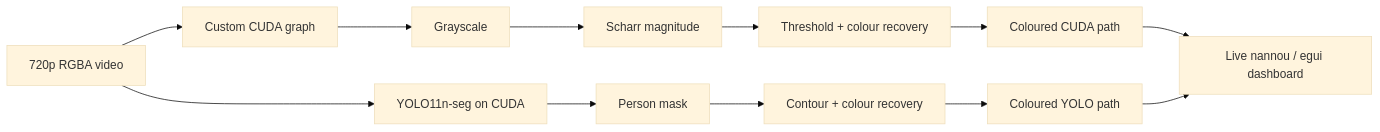
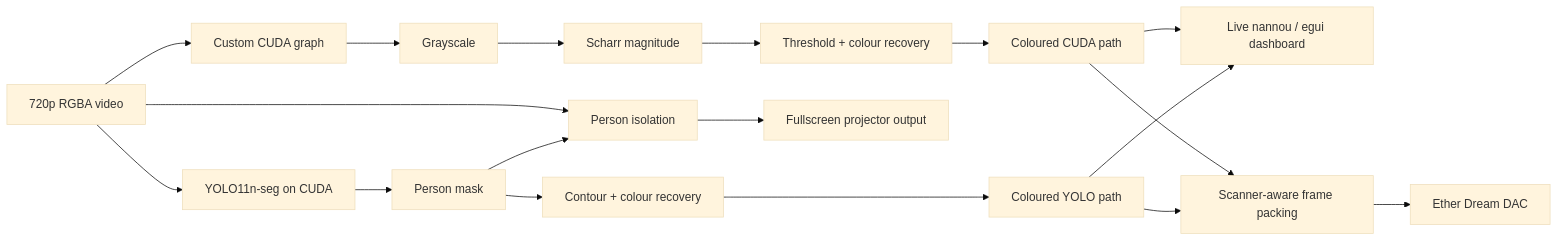
The diagram in README.md (JoshuaBatty/gpu-laser-vision), drawn with Mermaid (base theme) before and after one commit. The commit also changed other lines of this file, not shown here.

````diff
--- a/README.md
+++ b/README.md
@@ -45,18 +49,24 @@
 ```mermaid
 flowchart LR
     Video[720p RGBA video]
 
     Video --> CUDA[Custom CUDA graph]
     CUDA --> Gray[Grayscale]
     Gray --> Scharr[Scharr magnitude]
     Scharr --> CMask[Threshold + colour recovery]
     CMask --> CPath[Coloured CUDA path]
 
     Video --> YOLO[YOLO11n-seg on CUDA]
     YOLO --> PMask[Person mask]
     PMask --> Contour[Contour + colour recovery]
     Contour --> YPath[Coloured YOLO path]
 
     CPath --> UI[Live nannou / egui dashboard]
     YPath --> UI
+    Video --> Isolate[Person isolation]
+    PMask --> Isolate
+    Isolate --> Projector[Fullscreen projector output]
+    CPath --> Pack[Scanner-aware frame packing]
+    YPath --> Pack
+    Pack --> DAC[Ether Dream DAC]
 ```
````
